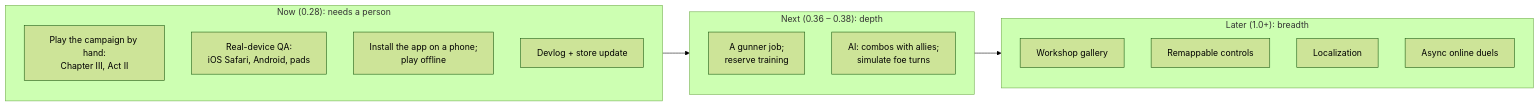
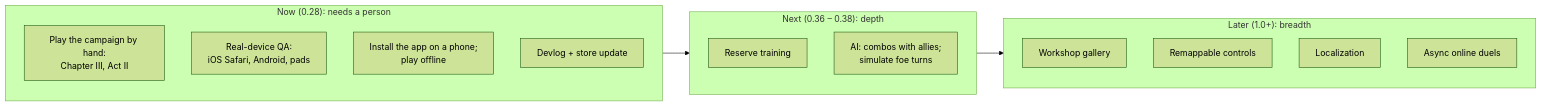
One commit to CptNope/Chess-RPG-Tactics changed the second of 4 diagrams in docs/ROADMAP.md. Above: the diagram before and after it, drawn with Mermaid (forest theme). The commit also changed other lines of this file and 25 other files, not shown here.

````diff
--- a/docs/ROADMAP.md
+++ b/docs/ROADMAP.md
@@ -101,23 +103,23 @@
 ```mermaid
 flowchart LR
     subgraph NOW["Now (0.28): needs a person"]
         direction TB
         N1["Play the campaign by hand:<br/>Chapter III, Act II"]
         N2["Real-device QA:<br/>iOS Safari, Android, pads"]
         N3["Install the app on a phone;<br/>play offline"]
         N4["Devlog + store update"]
     end
     subgraph NEXT["Next (0.36 – 0.38): depth"]
         direction TB
-        X0["A gunner job;<br/>reserve training"]
+        X0["Reserve training"]
         X1["AI: combos with allies;<br/>simulate foe turns"]
     end
     subgraph LATER["Later (1.0+): breadth"]
         direction TB
         L4["Workshop gallery"]
         L5["Remappable controls"]
         L6["Localization"]
         L7["Async online duels"]
     end
     NOW --> NEXT --> LATER
 ```
````
